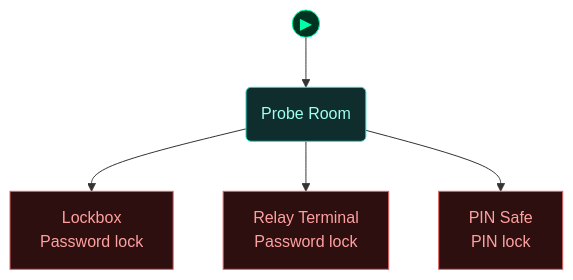
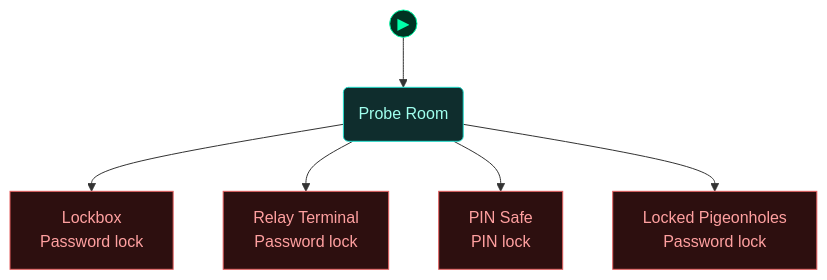
One commit to cliffe/BreakEscape changed the first of 5 diagrams in scenarios/test-tesseract-probes/dungeon_graph.md. Above: the diagram before and after it, drawn with Mermaid. The commit also changed other lines of this file and 66 other files, not shown here.

First line of the commit message:
feat: update dungeon graphs for test_social_slice and add test_unlock_silence scenario

````diff
--- a/scenarios/test-tesseract-probes/dungeon_graph.md
+++ b/scenarios/test-tesseract-probes/dungeon_graph.md
@@ -51,34 +51,36 @@
 ```mermaid
 flowchart TD
 
   classDef room      fill:#0f2d2d,stroke:#22ddcc,color:#a0ffee
   classDef lock      fill:#2d0f0f,stroke:#e66060,color:#ffa0a0
   classDef key       fill:#2d0812,stroke:#e66060,color:#ffa0a0
   classDef item      fill:#2d1200,stroke:#e89030,color:#ffcc80
   classDef gate      fill:#111,stroke:#666,color:#eee
   classDef vm        fill:#0c1f40,stroke:#4a90d9,color:#a0c8ff
   classDef flag      fill:#1a0c2d,stroke:#9060d0,color:#cc99ff
   classDef action    fill:#1a1200,stroke:#cc9922,color:#ffee88
   classDef aim       fill:#0d2a0d,stroke:#44cc44,color:#88ff88
   classDef aim_gate  fill:#111111,stroke:#44cc44,color:#44cc44
   classDef container fill:#1a2d1a,stroke:#60b060,color:#a0e0a0
   classDef npc       fill:#2d1f0d,stroke:#d0a050,color:#ffe0a0
   classDef critical  fill:#2a1500,stroke:#ffaa00,color:#ffdd88
   classDef start     fill:#003322,stroke:#00ffaa,color:#00ffaa
 
   node_start(("▶"))
   node_start --> probe_room
 
   lock_lockbox["Lockbox<br/>Password lock"]
   lock_relay_pc["Relay Terminal<br/>Password lock"]
   lock_pin_safe["PIN Safe<br/>PIN lock"]
+  lock_pigeonholes_locked["Locked Pigeonholes<br/>Password lock"]
   probe_room("Probe Room")
 
   probe_room --> lock_lockbox
   probe_room --> lock_relay_pc
   probe_room --> lock_pin_safe
+  probe_room --> lock_pigeonholes_locked
 
-  class lock_lockbox,lock_relay_pc,lock_pin_safe lock
+  class lock_lockbox,lock_relay_pc,lock_pin_safe,lock_pigeonholes_locked lock
   class probe_room room
   class node_start start
 ```
````
